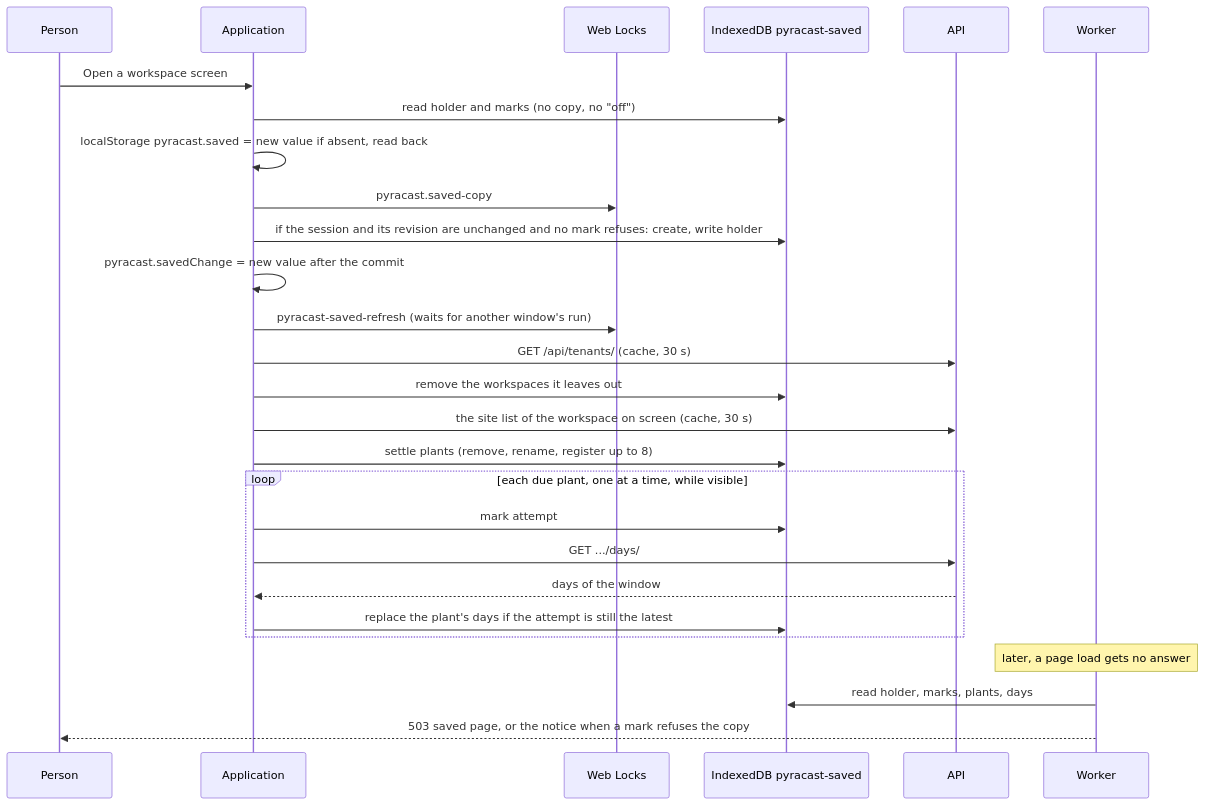
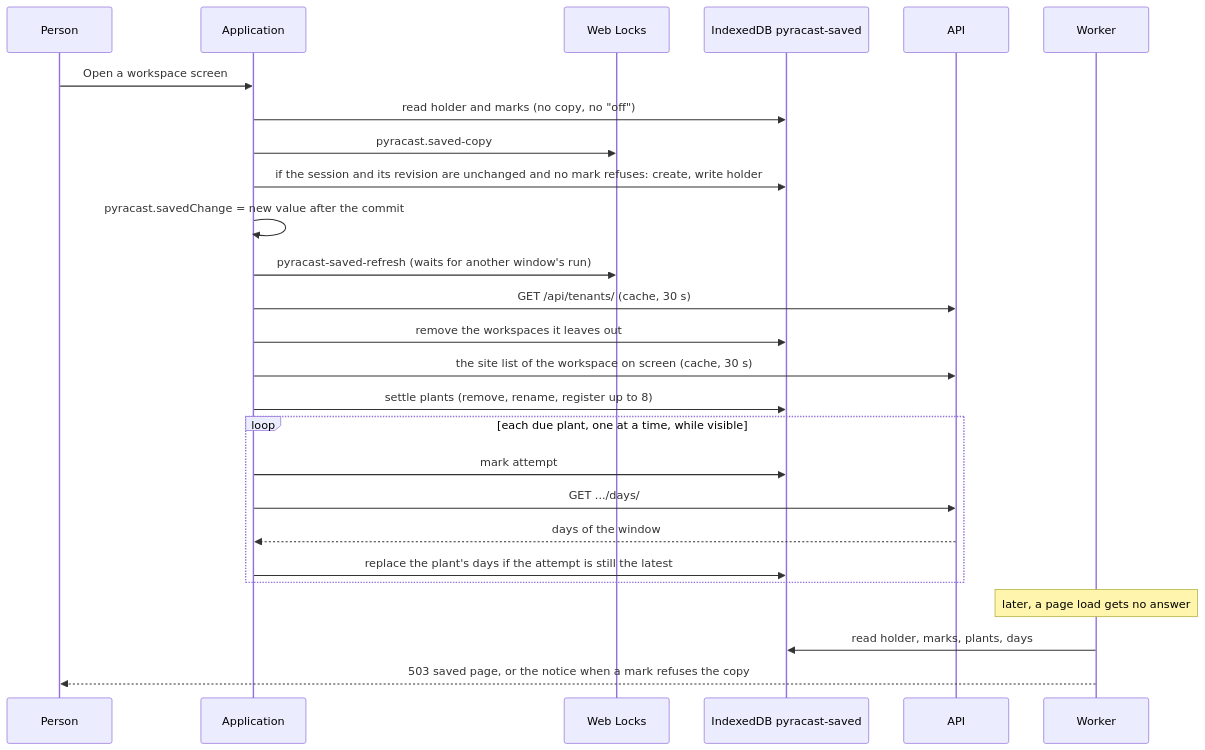
Before and after one commit to erkurtharun/pyracast: the diagram in docs/flows/saved-figures.md, drawn with Mermaid. The commit also changed other lines of this file and 6 other files, not shown here.

````diff
--- a/docs/flows/saved-figures.md
+++ b/docs/flows/saved-figures.md
@@ -39,29 +41,28 @@
 ```mermaid
 sequenceDiagram
     participant P as Person
     participant A as Application
     participant L as Web Locks
     participant I as IndexedDB pyracast-saved
     participant S as API
     participant W as Worker
     P->>A: Open a workspace screen
     A->>I: read holder and marks (no copy, no "off")
-    A->>A: localStorage pyracast.saved = new value if absent, read back
     A->>L: pyracast.saved-copy
     A->>I: if the session and its revision are unchanged and no mark refuses: create, write holder
     A->>A: pyracast.savedChange = new value after the commit
     A->>L: pyracast-saved-refresh (waits for another window's run)
     A->>S: GET /api/tenants/ (cache, 30 s)
     A->>I: remove the workspaces it leaves out
     A->>S: the site list of the workspace on screen (cache, 30 s)
     A->>I: settle plants (remove, rename, register up to 8)
     loop each due plant, one at a time, while visible
         A->>I: mark attempt
         A->>S: GET .../days/
         S-->>A: days of the window
         A->>I: replace the plant's days if the attempt is still the latest
     end
     Note over W: later, a page load gets no answer
     W->>I: read holder, marks, plants, days
     W-->>P: 503 saved page, or the notice when a mark refuses the copy
 ```
````
